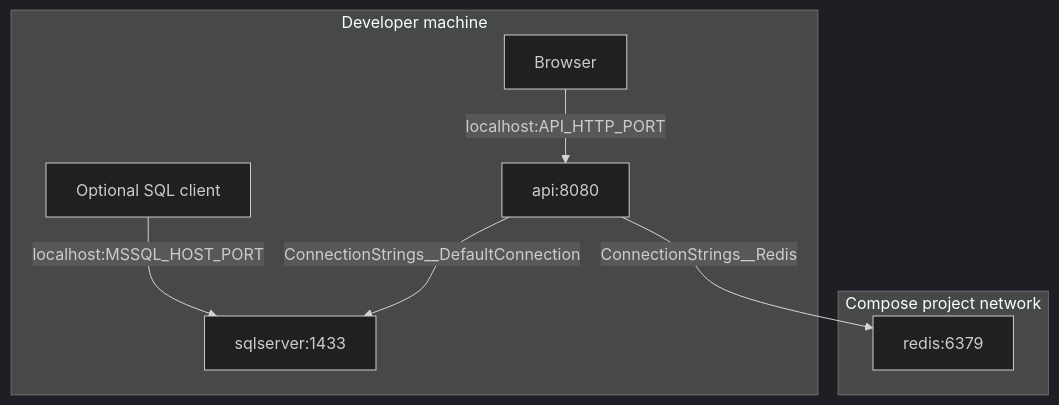
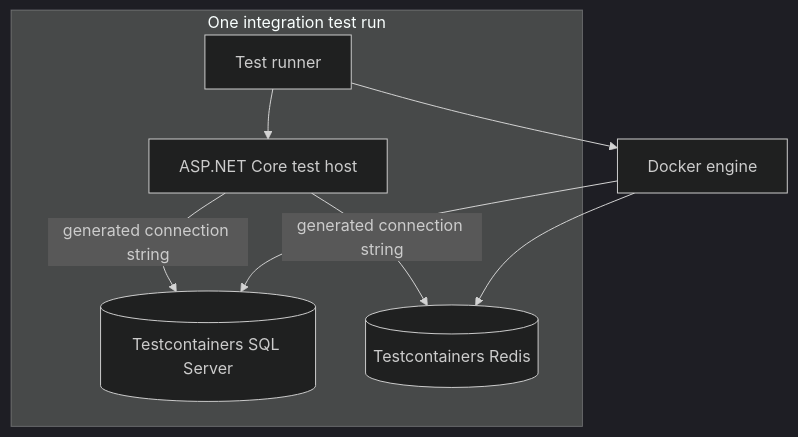
One commit to ahmedadel977/MechanicShop-V2 changed the second of 2 diagrams in docs/DOCKER.md. Above: the diagram before and after it, drawn with Mermaid (dark theme). The commit also changed other lines of this file and 1 other file, not shown here.

Commit message:
docs: clarify Docker support on master

````diff
--- a/docs/DOCKER.md
+++ b/docs/DOCKER.md
@@ -72,16 +37,15 @@
 ```mermaid
 flowchart TB
-    subgraph Host[Developer machine]
-        Browser[Browser]
-        SQLClient[Optional SQL client]
-        Browser -->|localhost:API_HTTP_PORT| API
-        SQLClient -->|localhost:MSSQL_HOST_PORT| SQL
+    subgraph TestRun[One integration test run]
+        Runner[Test runner]
+        API[ASP.NET Core test host]
+        SQL[(Testcontainers SQL Server)]
+        Redis[(Testcontainers Redis)]
+        Runner --> API
+        API -->|generated connection string| SQL
+        API -->|generated connection string| Redis
     end
-    subgraph Network[Compose project network]
-        API[api:8080]
-        SQL[sqlserver:1433]
-        Cache[redis:6379]
-        API -->|ConnectionStrings__DefaultConnection| SQL
-        API -->|ConnectionStrings__Redis| Cache
-    end
+    Runner --> Docker[Docker engine]
+    Docker --> SQL
+    Docker --> Redis
 ```
````
